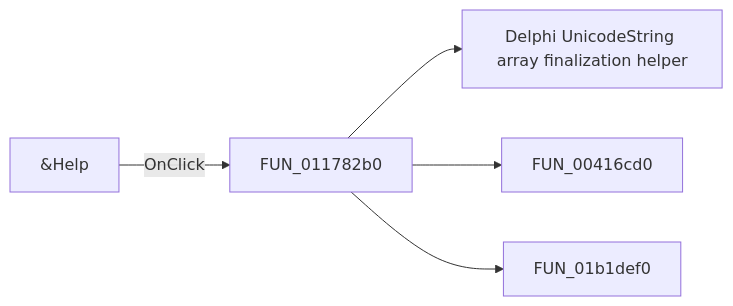
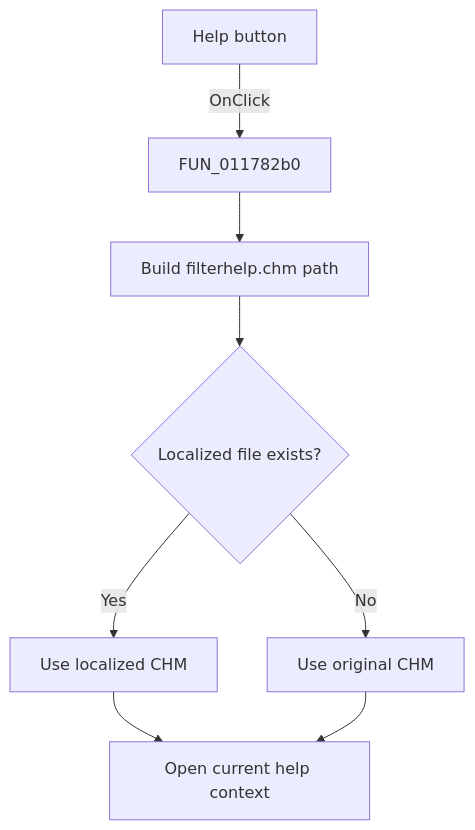
The diagram in docs/ui-controls/response-form1/helpbitbtn1-b64282b7da.md (MovGP0/TIARA), drawn with Mermaid before and after one commit. The commit also changed other lines of this file and 1062 other files, not shown here.

````diff
--- a/docs/ui-controls/response-form1/helpbitbtn1-b64282b7da.md
+++ b/docs/ui-controls/response-form1/helpbitbtn1-b64282b7da.md
@@ -27,7 +25,10 @@
 ```mermaid
-flowchart LR
-    control["&Help"] -->|OnClick| handler["FUN_011782b0"]
-    handler --> call1["Delphi UnicodeString array finalization helper"]
-    handler --> call2["FUN_00416cd0"]
-    handler --> call3["FUN_01b1def0"]
+flowchart TD
+    control["Help button"] -->|OnClick| handler["FUN_011782b0"]
+    handler --> path["Build filterhelp.chm path"]
+    path --> localized{"Localized file exists?"}
+    localized -->|Yes| local["Use localized CHM"]
+    localized -->|No| base["Use original CHM"]
+    local --> open["Open current help context"]
+    base --> open
 ```
````
